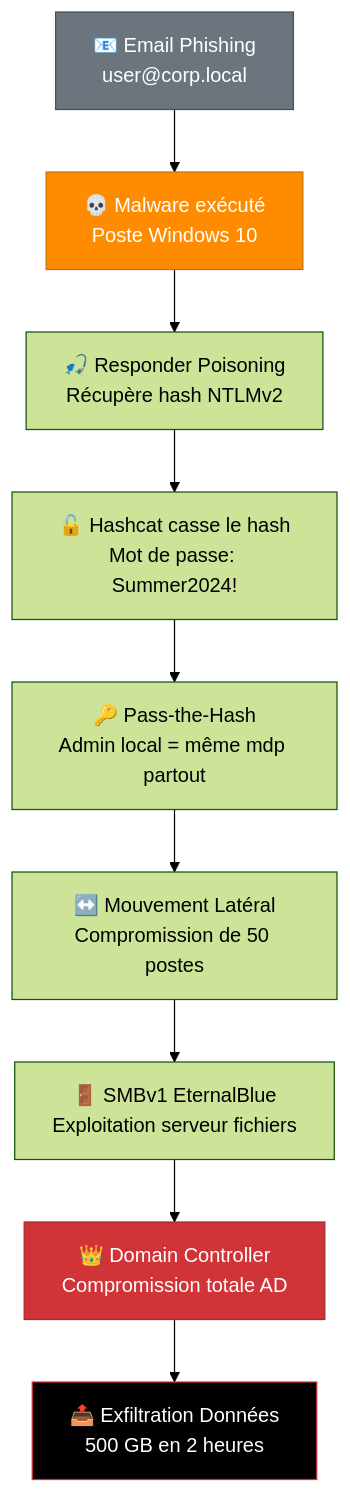
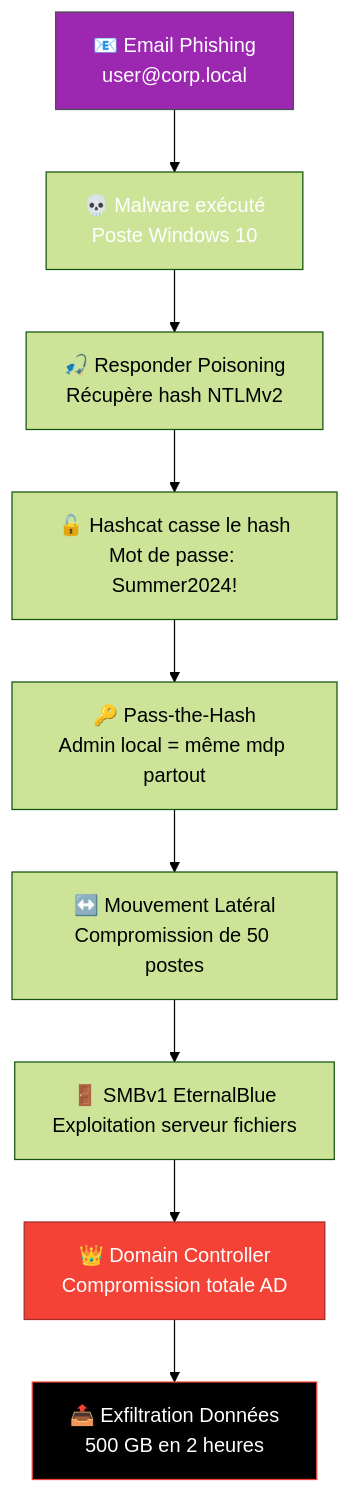
One commit to VBlackJack/ShellBook changed the first of 2 diagrams in docs/formations/windows-server/03-module.md. Above: the diagram before and after it, drawn with Mermaid (forest theme). The commit also changed other lines of this file and 337 other files, not shown here.

First line of the commit message:
refactor(docs): Standardize code blocks and Mermaid colors

````diff
--- a/docs/formations/windows-server/03-module.md
+++ b/docs/formations/windows-server/03-module.md
@@ -48,20 +48,20 @@
 ```mermaid
 flowchart TD
     Start[📧 Email Phishing<br/>user@corp.local] --> Malware[💀 Malware exécuté<br/>Poste Windows 10]
 
     Malware --> Responder[🎣 Responder Poisoning<br/>Récupère hash NTLMv2]
     Responder --> Crack[🔓 Hashcat casse le hash<br/>Mot de passe: Summer2024!]
 
     Crack --> PtH[🔑 Pass-the-Hash<br/>Admin local = même mdp partout]
     PtH --> Lateral[↔️ Mouvement Latéral<br/>Compromission de 50 postes]
 
     Lateral --> SMB[🚪 SMBv1 EternalBlue<br/>Exploitation serveur fichiers]
     SMB --> DC[👑 Domain Controller<br/>Compromission totale AD]
 
     DC --> Exfil[📤 Exfiltration Données<br/>500 GB en 2 heures]
 
-    style Start fill:#6c757d,stroke:#495057,color:#fff
-    style Malware fill:#ff8c00,stroke:#cc7000,color:#fff
-    style DC fill:#d13438,stroke:#a52a2a,color:#fff
-    style Exfil fill:#000,stroke:#d13438,color:#fff
+    style Start fill:#9C27B0,stroke:#495057,color:#fff
+    style Malware fill:#FF9800800800,stroke:#FF9800800,color:#fff
+    style DC fill:#f44336,stroke:#a52a2a,color:#fff
+    style Exfil fill:#000,stroke:#f44336,color:#fff
 ```
````
